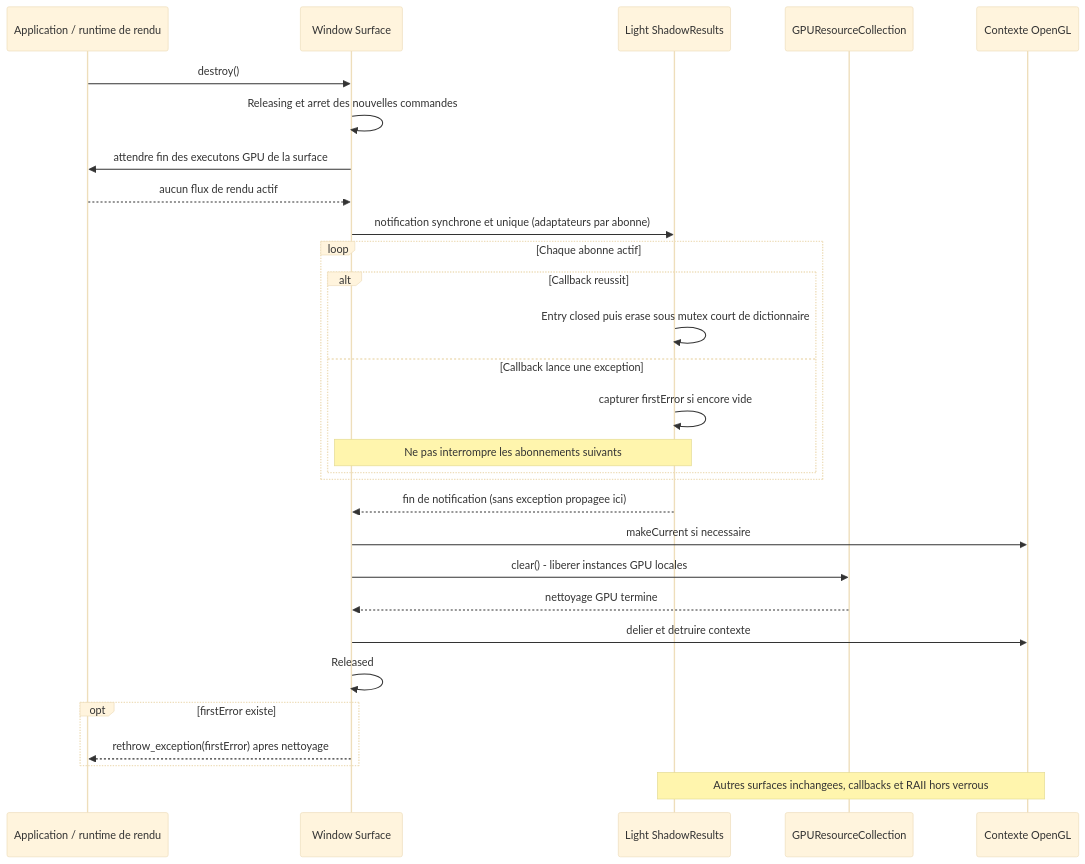
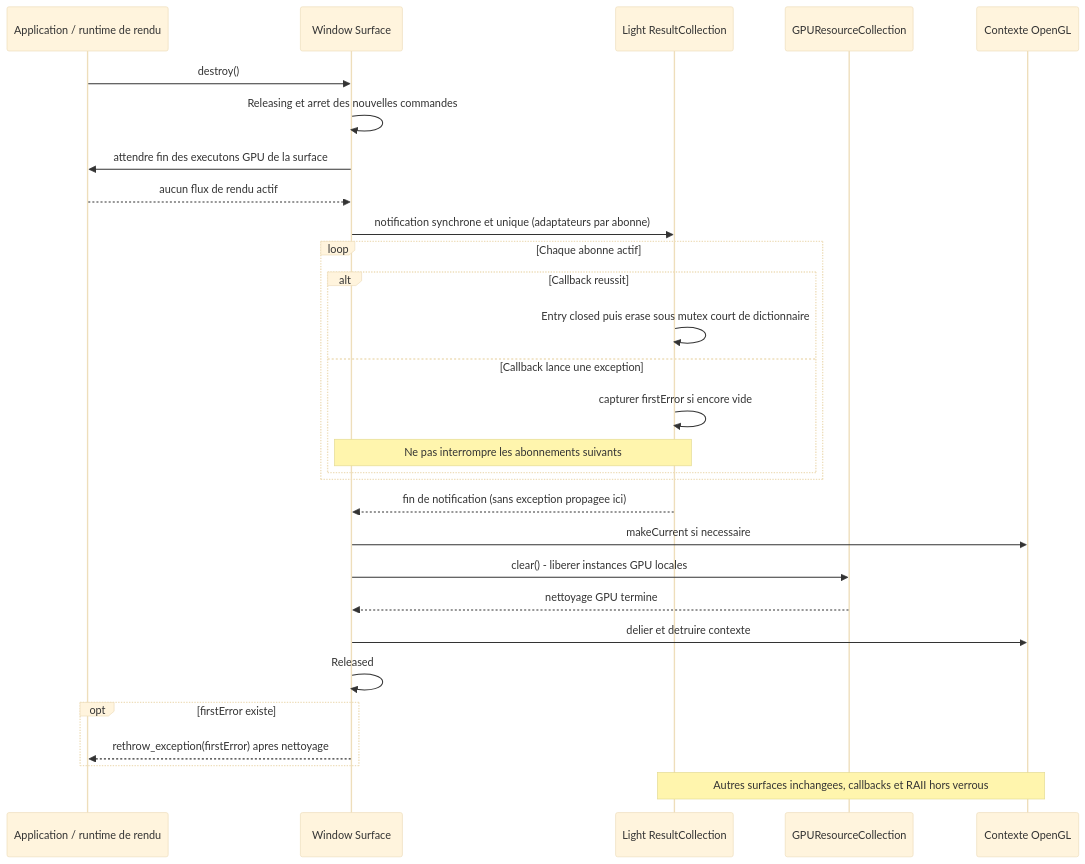
Before and after one commit to EreliaStudio/Sparkle: the sixth of 20 diagrams in docs/voxel-engine-v0.1.4/08-lumieres-et-ombres.md, drawn with Mermaid (base theme). The commit also changed other lines of this file and 5 other files, not shown here.

Commit message:
docs(PR21): use ShadowMap::Result and ResultCollection terminology

````diff
--- a/docs/voxel-engine-v0.1.4/08-lumieres-et-ombres.md
+++ b/docs/voxel-engine-v0.1.4/08-lumieres-et-ombres.md
@@ -226,31 +226,31 @@
 ```mermaid
 sequenceDiagram
   participant A as Application / runtime de rendu
   participant S as Window Surface
-  participant R as Light ShadowResults
+  participant R as Light ResultCollection
   participant G as GPUResourceCollection
   participant GL as Contexte OpenGL
   A->>S: destroy()
   S->>S: Releasing et arret des nouvelles commandes
   S->>A: attendre fin des executons GPU de la surface
   A-->>S: aucun flux de rendu actif
   S->>R: notification synchrone et unique (adaptateurs par abonne)
   loop Chaque abonne actif
     alt Callback reussit
       R->>R: Entry closed puis erase sous mutex court de dictionnaire
     else Callback lance une exception
       R->>R: capturer firstError si encore vide
       Note over S,R: Ne pas interrompre les abonnements suivants
     end
   end
   R-->>S: fin de notification (sans exception propagee ici)
   S->>GL: makeCurrent si necessaire
   S->>G: clear() - liberer instances GPU locales
   G-->>S: nettoyage GPU termine
   S->>GL: delier et detruire contexte
   S->>S: Released
   opt firstError existe
     S-->>A: rethrow_exception(firstError) apres nettoyage
   end
   Note over R,GL: Autres surfaces inchangees, callbacks et RAII hors verrous
 ```
````
